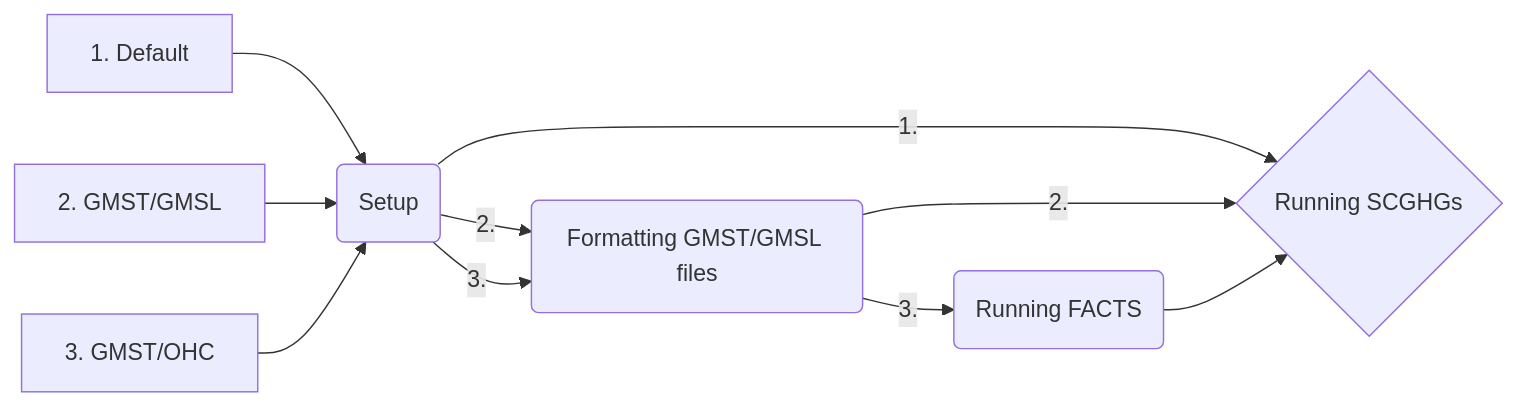
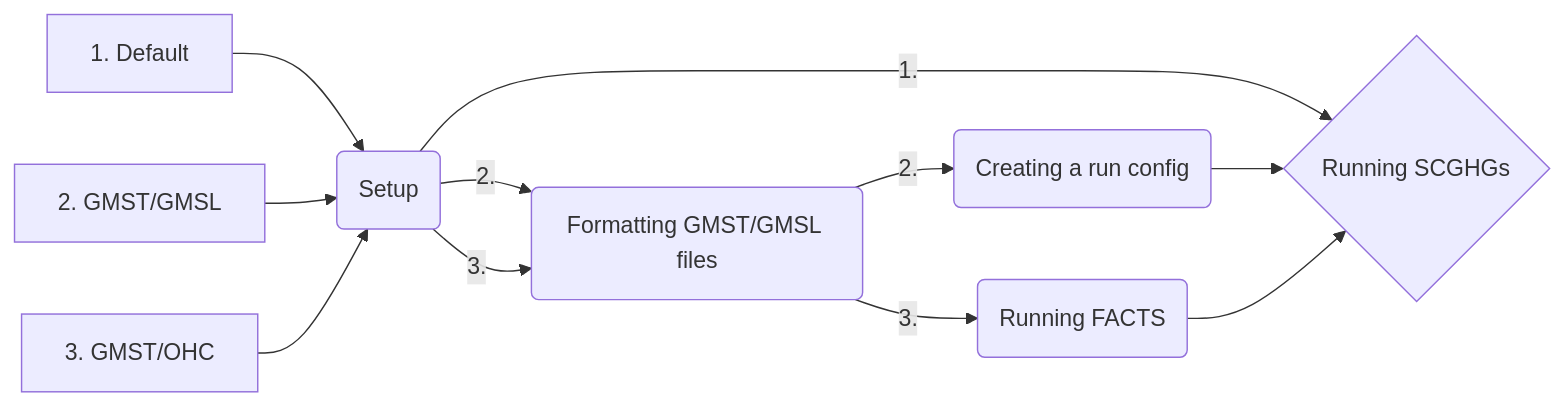
One commit to ClimateImpactLab/dscim-facts-epa changed the diagram in README.md. Above: the diagram before and after it, drawn with Mermaid. The commit also changed other lines of this file, not shown here.

Commit message:
Update README.md with more finalized run instructions

````diff
--- a/README.md
+++ b/README.md
@@ -15,15 +15,16 @@
 ```mermaid
 flowchart LR
 
 A[1. Default] --> D(Setup)
 D --> |1.| E{Running SCGHGs}
 
 B[2. GMST/GMSL] --> D(Setup)
 D --> |2.| F(Formatting GMST/GMSL files)
-F --> |2.| E{Running SCGHGs}
+F --> |2.| H(Creating a run config)
+H --> E{Running SCGHGs}
 
 C[3. GMST/OHC] --> D(Setup)
 D --> |3.| F(Formatting GMST/GMSL files)
 F --> |3.| G(Running FACTS)
 G --> E{Running SCGHGs}
 ```
````
